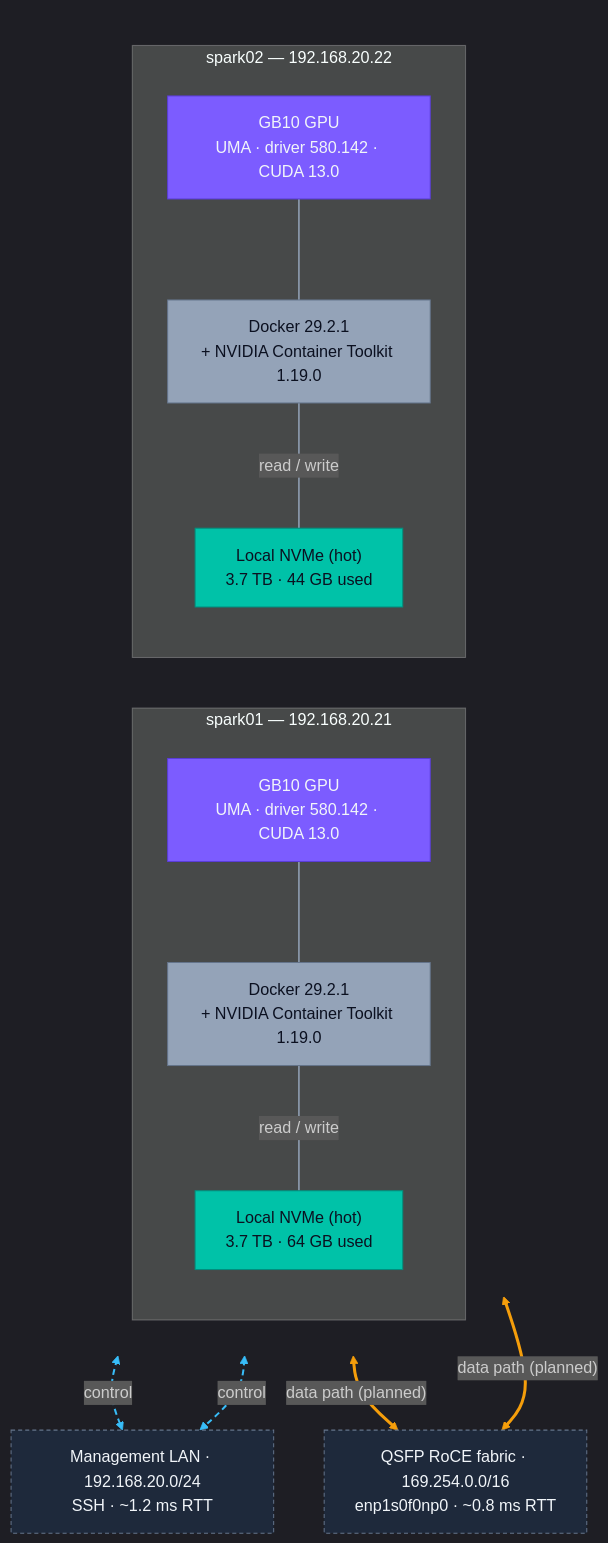
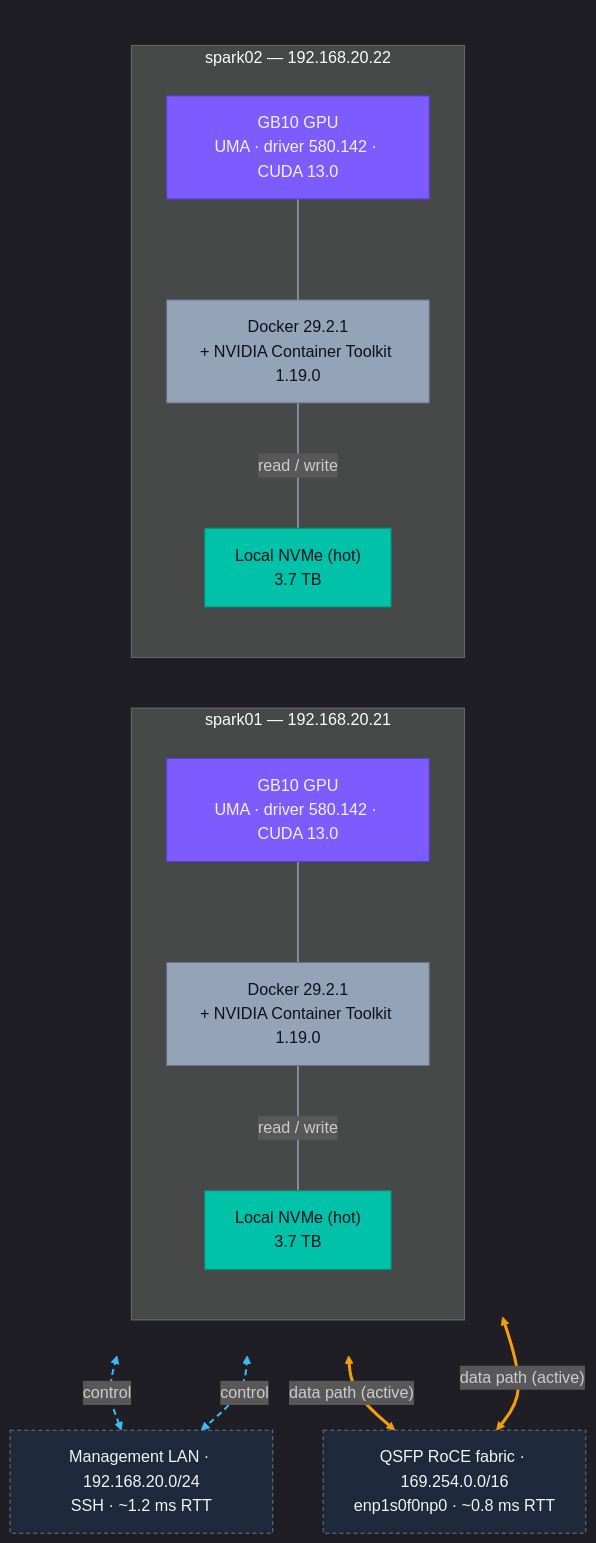
One commit to knachiketa04/aihomelab changed the diagram in environment/cluster-env.md. Above: the diagram before and after it, drawn with Mermaid. The commit also changed other lines of this file and 13 other files, not shown here.

````diff
--- a/environment/cluster-env.md
+++ b/environment/cluster-env.md
@@ -13,49 +13,49 @@
 ```mermaid
 %%{init: {'theme':'dark'}}%%
 flowchart TB
     classDef compute    fill:#7C5CFF,stroke:#5B3DD9,color:#F1F5F9,stroke-width:1px
     classDef nvme       fill:#00C2A8,stroke:#008F7E,color:#0B1020,stroke-width:1px
     classDef container  fill:#94A3B8,stroke:#64748B,color:#0B1020,stroke-width:1px
     classDef fabric     fill:#1E293B,stroke:#64748B,color:#F1F5F9,stroke-width:1px,stroke-dasharray: 4 3
 
     subgraph NODES[" "]
       direction LR
       subgraph S1["spark01 — 192.168.20.21"]
         direction TB
         G1["GB10 GPU<br/>UMA · driver 580.142 · CUDA 13.0"]:::compute
         D1["Docker 29.2.1<br/>+ NVIDIA Container Toolkit 1.19.0"]:::container
-        N1["Local NVMe (hot)<br/>3.7 TB · 64 GB used"]:::nvme
+        N1["Local NVMe (hot)<br/>3.7 TB"]:::nvme
         G1 --- D1
         D1 -- "read / write" --- N1
       end
 
       subgraph S2["spark02 — 192.168.20.22"]
         direction TB
         G2["GB10 GPU<br/>UMA · driver 580.142 · CUDA 13.0"]:::compute
         D2["Docker 29.2.1<br/>+ NVIDIA Container Toolkit 1.19.0"]:::container
-        N2["Local NVMe (hot)<br/>3.7 TB · 44 GB used"]:::nvme
+        N2["Local NVMe (hot)<br/>3.7 TB"]:::nvme
         G2 --- D2
         D2 -- "read / write" --- N2
       end
     end
 
     MGMT["Management LAN · 192.168.20.0/24<br/>SSH · ~1.2 ms RTT"]:::fabric
     QSFP["QSFP RoCE fabric · 169.254.0.0/16<br/>enp1s0f0np0 · ~0.8 ms RTT"]:::fabric
 
     %% same-side links first so dagre routes them cleanly
     S1 <-- "control" --> MGMT
-    S2 <== "data path (planned)" ==> QSFP
+    S2 <== "data path (active)" ==> QSFP
     %% cross-side links second
     S2 <-- "control" --> MGMT
-    S1 <== "data path (planned)" ==> QSFP
+    S1 <== "data path (active)" ==> QSFP
 
     style NODES fill:transparent,stroke:transparent
 
     %% Edge styling — make control vs data paths visually distinct
     %% 0,1: spark01 internals · 2,3: spark02 internals
     linkStyle 0,1,2,3 stroke:#94A3B8,stroke-width:1.5px
     %% 4,6: control plane (management LAN) — cyan, dashed (lighter weight signaling)
     linkStyle 4,6 stroke:#38BDF8,stroke-width:2px,stroke-dasharray:6 4
-    %% 5,7: data plane (QSFP RoCE, planned) — amber, solid and thicker (high-bandwidth path)
+    %% 5,7: data plane (QSFP RoCE, active) — amber, solid and thicker (high-bandwidth path)
     linkStyle 5,7 stroke:#F59E0B,stroke-width:3px
 ```
````
